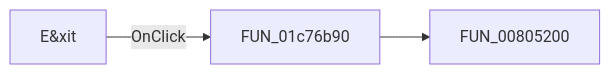
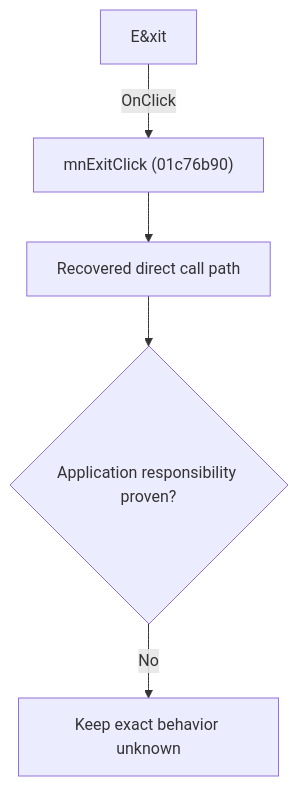
The diagram in docs/ui-controls/schematiceditor/mnexit-dbe1a3a98a.md (MovGP0/TIARA), drawn with Mermaid before and after one commit. The commit also changed other lines of this file and 1062 other files, not shown here.

````diff
--- a/docs/ui-controls/schematiceditor/mnexit-dbe1a3a98a.md
+++ b/docs/ui-controls/schematiceditor/mnexit-dbe1a3a98a.md
@@ -27,5 +27,7 @@
 ```mermaid
-flowchart LR
-    control["E&xit"] -->|OnClick| handler["FUN_01c76b90"]
-    handler --> call1["FUN_00805200"]
+flowchart TD
+    control["E&xit"] -->|"OnClick"| handler["mnExitClick (01c76b90)"]
+    handler --> recovered["Recovered direct call path"]
+    recovered --> gap{"Application responsibility proven?"}
+    gap -->|"No"| blocked["Keep exact behavior unknown"]
 ```
````
